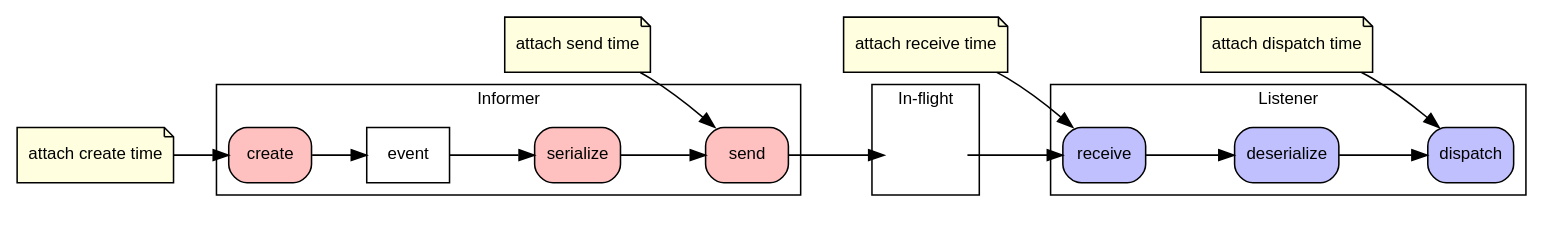
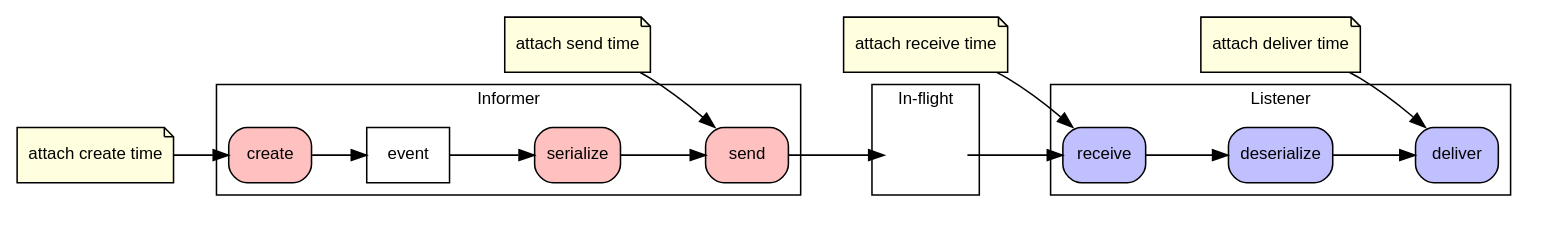
Before and after one commit to open-rsx/rsb-manual: the diagram in specification-event.rst, drawn with Graphviz.

Commit message:
Fixed timestamp name in specification-event.rst
* specification-event.rst: in timestamp visualization figure, fixed
  timestamp name dispatch -> deliver

```diff
--- a/specification-event.rst
+++ b/specification-event.rst
@@ -188,52 +188,52 @@
 .. digraph:: timestamps
 
    fontname=Arial
    fontsize=11
    node [fontsize=11,fontname=Arial]
    edge [fontsize=11,fontname=Arial]
 
    rankdir=LR
    node [shape="rect"]
 
    subgraph cluster_informer {
      label = "Informer"
 
      event
      node [style="rounded,filled",fillcolor="#ffc0c0"]
      create
      serialize
      send
    }
 
    subgraph cluster_in_flight {
      label = "In-flight"
 
      helper [shape=none,label=""]
    }
 
    subgraph cluster_listener {
      label = "Listener"
 
      node [style="rounded,filled",fillcolor="#c0c0ff"]
      receive
      deserialize
-     dispatch
+     deliver
    }
 
    create -> event
    event -> serialize
    serialize -> send
    send -> helper
    helper -> receive
    receive -> deserialize
-   deserialize -> dispatch
+   deserialize -> deliver
 
    node [shape=note,style="filled",fillcolor="#ffffe0"]
    create_time [label="attach create time"]
    create_time -> create
    send_time [label="attach send time"]
    send_time -> send
    receive_time [label="attach receive time"]
    receive_time -> receive
-   dispatch_time [label="attach dispatch time"]
-   dispatch_time -> dispatch
+   deliver_time [label="attach deliver time"]
+   deliver_time -> deliver
```
